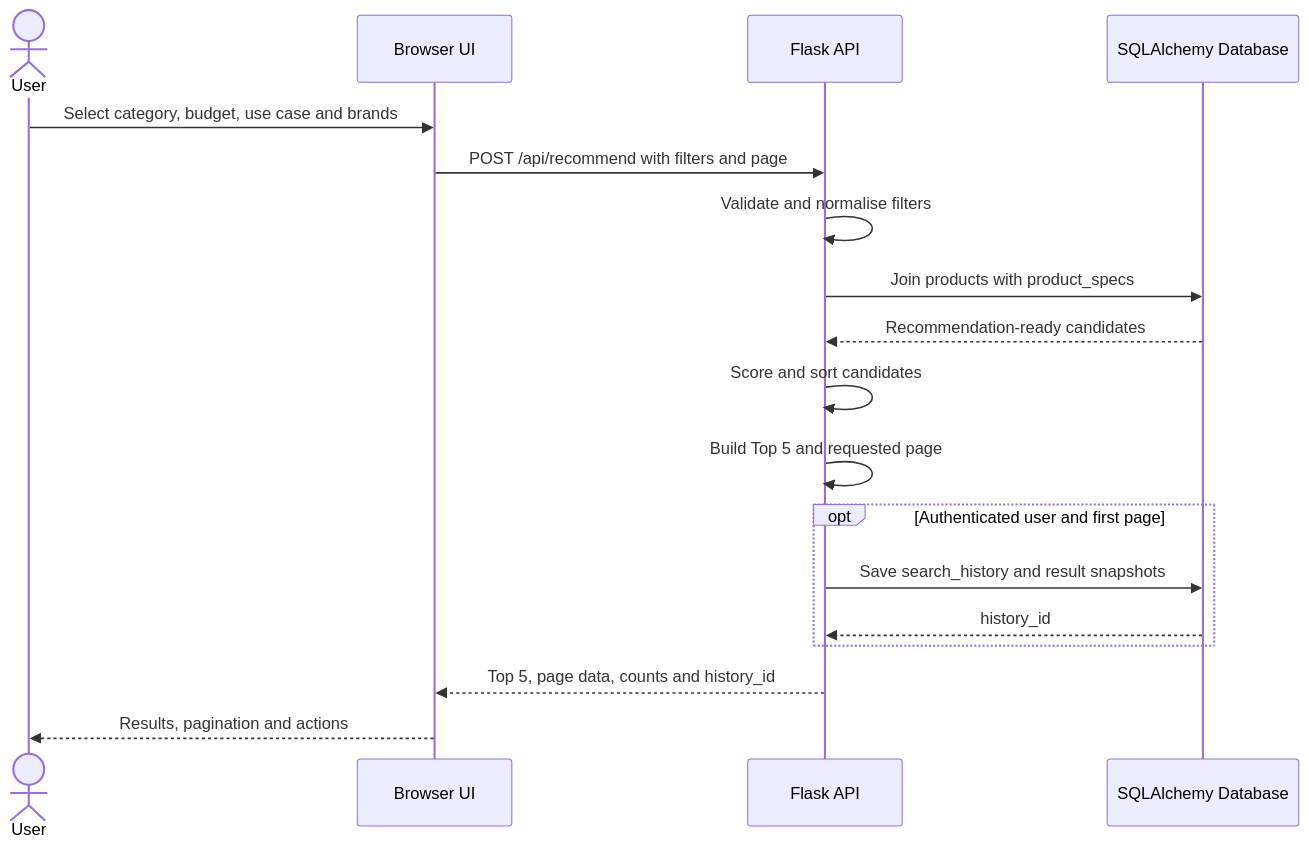
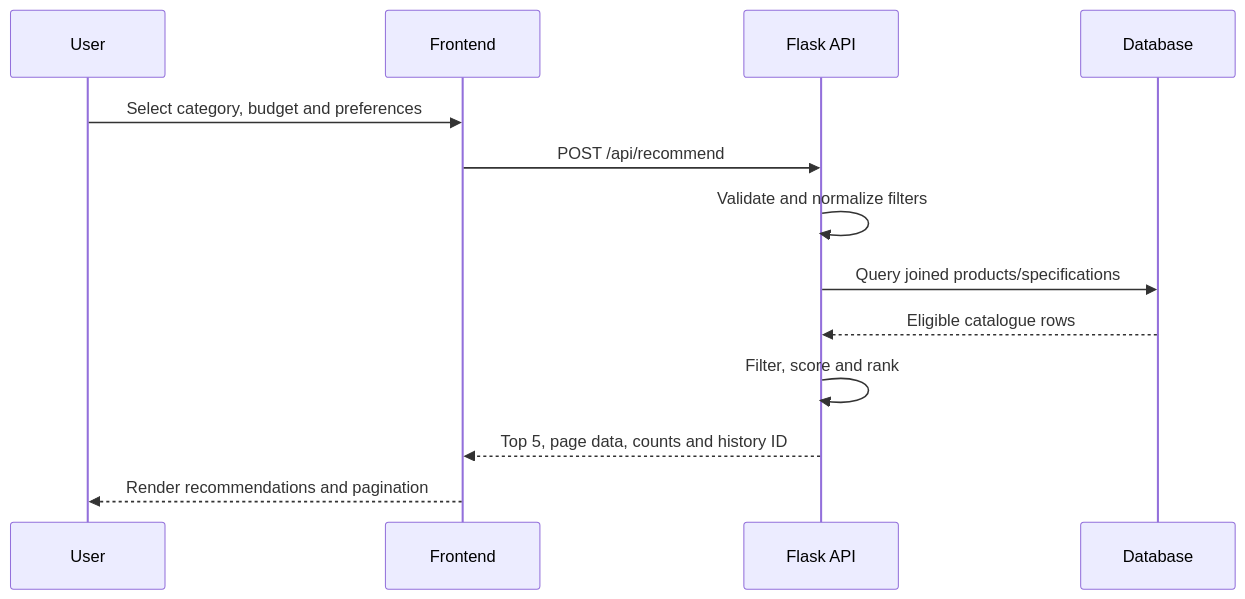
The third of 7 diagrams in docs/v3-design-and-architecture.md (Chu-Junjie/CP3407-PROJECT), drawn with Mermaid before and after one commit. The commit also changed other lines of this file, not shown here.

Commit message:
docs: prepare submission-ready V3 architecture record

````diff
--- a/docs/v3-design-and-architecture.md
+++ b/docs/v3-design-and-architecture.md
@@ -180,21 +98,16 @@
 ```mermaid
 sequenceDiagram
-    actor User
-    participant UI as Browser UI
+    participant User
+    participant UI as Frontend
     participant API as Flask API
-    participant DB as SQLAlchemy Database
+    participant DB as Database
 
-    User->>UI: Select category, budget, use case and brands
-    UI->>API: POST /api/recommend with filters and page
-    API->>API: Validate and normalise filters
-    API->>DB: Join products with product_specs
-    DB-->>API: Recommendation-ready candidates
-    API->>API: Score and sort candidates
-    API->>API: Build Top 5 and requested page
-    opt Authenticated user and first page
-        API->>DB: Save search_history and result snapshots
-        DB-->>API: history_id
-    end
-    API-->>UI: Top 5, page data, counts and history_id
-    UI-->>User: Results, pagination and actions
+    User->>UI: Select category, budget and preferences
+    UI->>API: POST /api/recommend
+    API->>API: Validate and normalize filters
+    API->>DB: Query joined products/specifications
+    DB-->>API: Eligible catalogue rows
+    API->>API: Filter, score and rank
+    API-->>UI: Top 5, page data, counts and history ID
+    UI-->>User: Render recommendations and pagination
 ```
````
